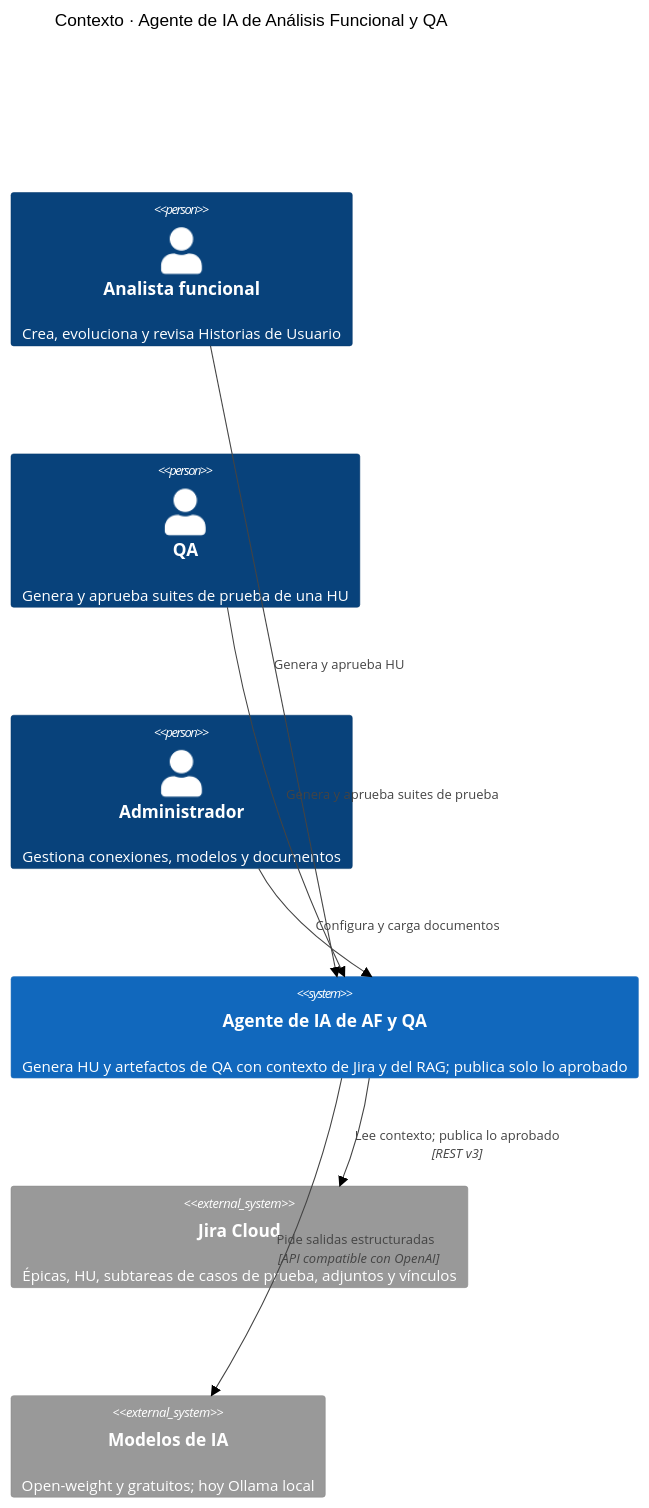
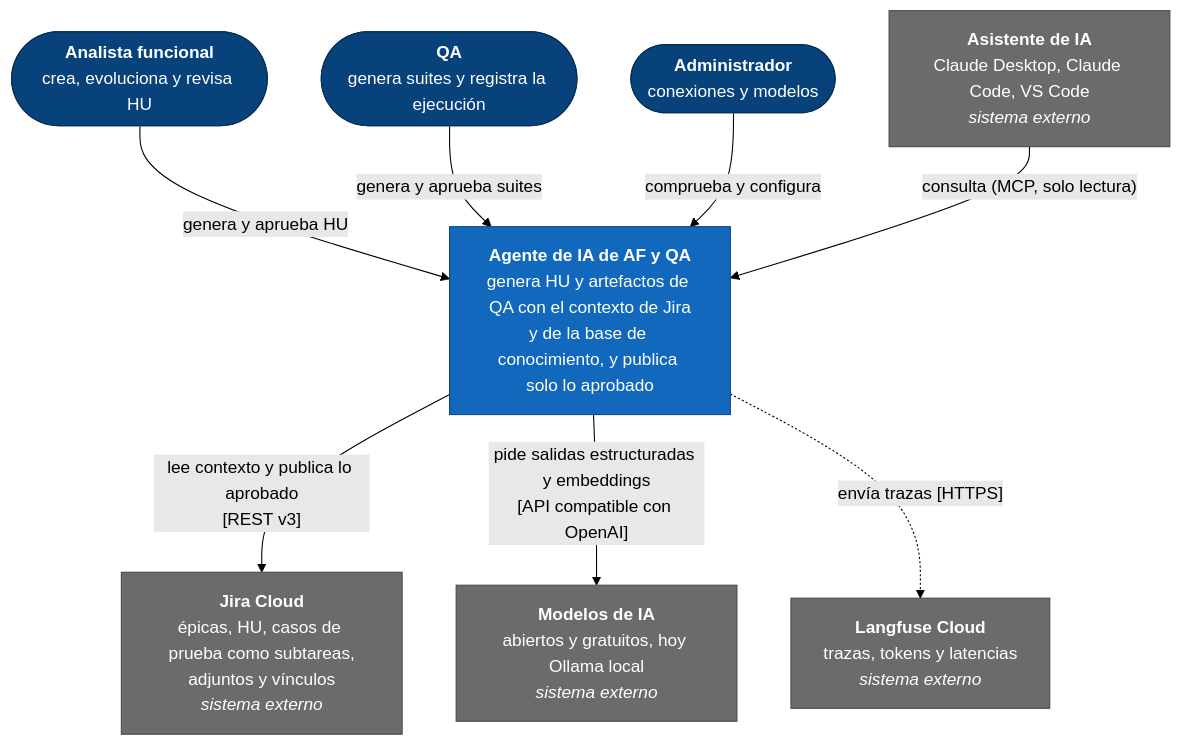
One commit to maujimenez4/agente-af-qa changed the first of 4 diagrams in docs/arquitectura-c4.md. Above: the diagram before and after it, drawn with Mermaid (forest theme). The commit also changed other lines of this file and 3 other files, not shown here.

Commit message:
Docs: diagramas de arquitectura rehechos (vista para explicar y C4 al día), revisión de la presentación y PA-115…PA-117

````diff
--- a/docs/arquitectura-c4.md
+++ b/docs/arquitectura-c4.md
@@ -7,21 +18,28 @@
 ```mermaid
-C4Context
-    title Contexto · Agente de IA de Análisis Funcional y QA
+flowchart TB
+    af(["<b>Analista funcional</b><br/>crea, evoluciona y revisa HU"])
+    qa(["<b>QA</b><br/>genera suites y registra la ejecución"])
+    admin(["<b>Administrador</b><br/>conexiones y modelos"])
+    asis["<b>Asistente de IA</b><br/>Claude Desktop, Claude Code, VS Code<br/><i>sistema externo</i>"]
 
-    Person(af, "Analista funcional", "Crea, evoluciona y revisa Historias de Usuario")
-    Person(qa, "QA", "Genera y aprueba suites de prueba de una HU")
-    Person(admin, "Administrador", "Gestiona conexiones, modelos y documentos")
+    sys["<b>Agente de IA de AF y QA</b><br/>genera HU y artefactos de QA con el contexto de Jira<br/>y de la base de conocimiento, y publica solo lo aprobado"]
 
-    System(agent, "Agente de IA de AF y QA", "Genera HU y artefactos de QA con contexto de Jira y del RAG; publica solo lo aprobado")
+    jira["<b>Jira Cloud</b><br/>épicas, HU, casos de prueba como subtareas,<br/>adjuntos y vínculos<br/><i>sistema externo</i>"]
+    llm["<b>Modelos de IA</b><br/>abiertos y gratuitos, hoy Ollama local<br/><i>sistema externo</i>"]
+    lf["<b>Langfuse Cloud</b><br/>trazas, tokens y latencias<br/><i>sistema externo</i>"]
 
-    System_Ext(jira, "Jira Cloud", "Épicas, HU, subtareas de casos de prueba, adjuntos y vínculos")
-    System_Ext(llm, "Modelos de IA", "Open-weight y gratuitos; hoy Ollama local")
+    af -- "genera y aprueba HU" --> sys
+    qa -- "genera y aprueba suites" --> sys
+    admin -- "comprueba y configura" --> sys
+    asis -- "consulta (MCP, solo lectura)" --> sys
+    sys -- "lee contexto y publica lo aprobado<br/>[REST v3]" --> jira
+    sys -- "pide salidas estructuradas y embeddings<br/>[API compatible con OpenAI]" --> llm
+    sys -. "envía trazas [HTTPS]" .-> lf
 
-    Rel(af, agent, "Genera y aprueba HU")
-    Rel(qa, agent, "Genera y aprueba suites de prueba")
-    Rel(admin, agent, "Configura y carga documentos")
-    Rel(agent, jira, "Lee contexto; publica lo aprobado", "REST v3")
-    Rel(agent, llm, "Pide salidas estructuradas", "API compatible con OpenAI")
-
-    UpdateLayoutConfig($c4ShapeInRow="3", $c4BoundaryInRow="1")
+    classDef persona fill:#08427b,stroke:#052e56,color:#fff
+    classDef sistema fill:#1168bd,stroke:#0b4884,color:#fff
+    classDef externo fill:#6b6b6b,stroke:#4a4a4a,color:#fff
+    class af,qa,admin persona
+    class sys sistema
+    class asis,jira,llm,lf externo
 ```
````
